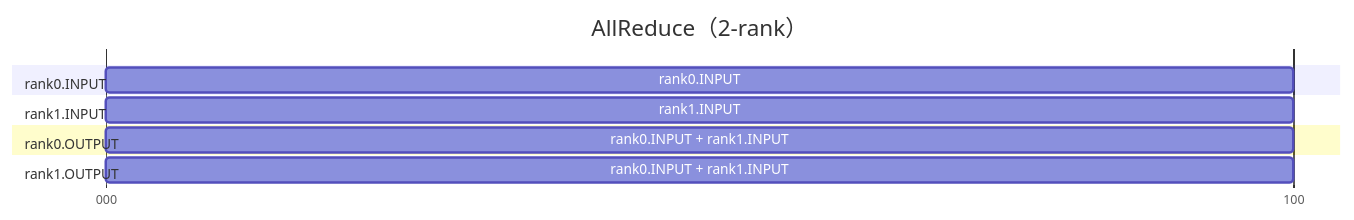
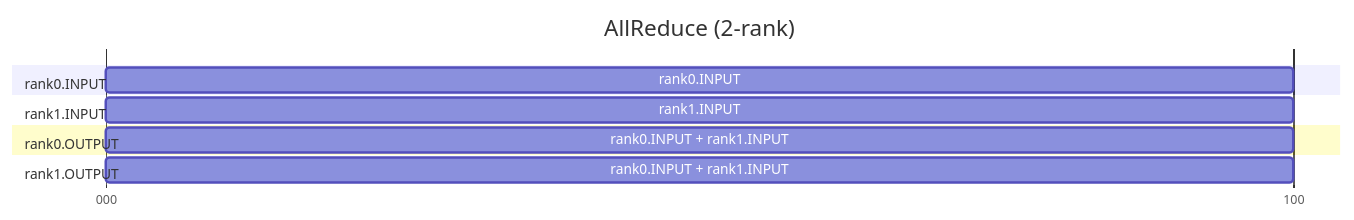
One commit to Atlas-Ascend-Fork/hcomm changed the ninth of 19 diagrams in test/hccl_vm/docs/checker_quick_intro_en.md. Above: the diagram before and after it, drawn with Mermaid. The commit also changed other lines of this file and 73 other files, not shown here.

````diff
--- a/test/hccl_vm/docs/checker_quick_intro_en.md
+++ b/test/hccl_vm/docs/checker_quick_intro_en.md
@@ -404,19 +404,19 @@
 ```mermaid
 gantt
-    title AllReduce（2-rank）
+    title AllReduce (2-rank)
     dateFormat x
     axisFormat %L
     tickInterval 100millisecond
 
     section rank0.INPUT
     rank0.INPUT : 0, 100
 
     section rank1.INPUT
     rank1.INPUT : 0, 100
 
     section rank0.OUTPUT
     rank0.INPUT + rank1.INPUT : 0, 100
 
     section rank1.OUTPUT
     rank0.INPUT + rank1.INPUT : 0, 100
 ```
````
